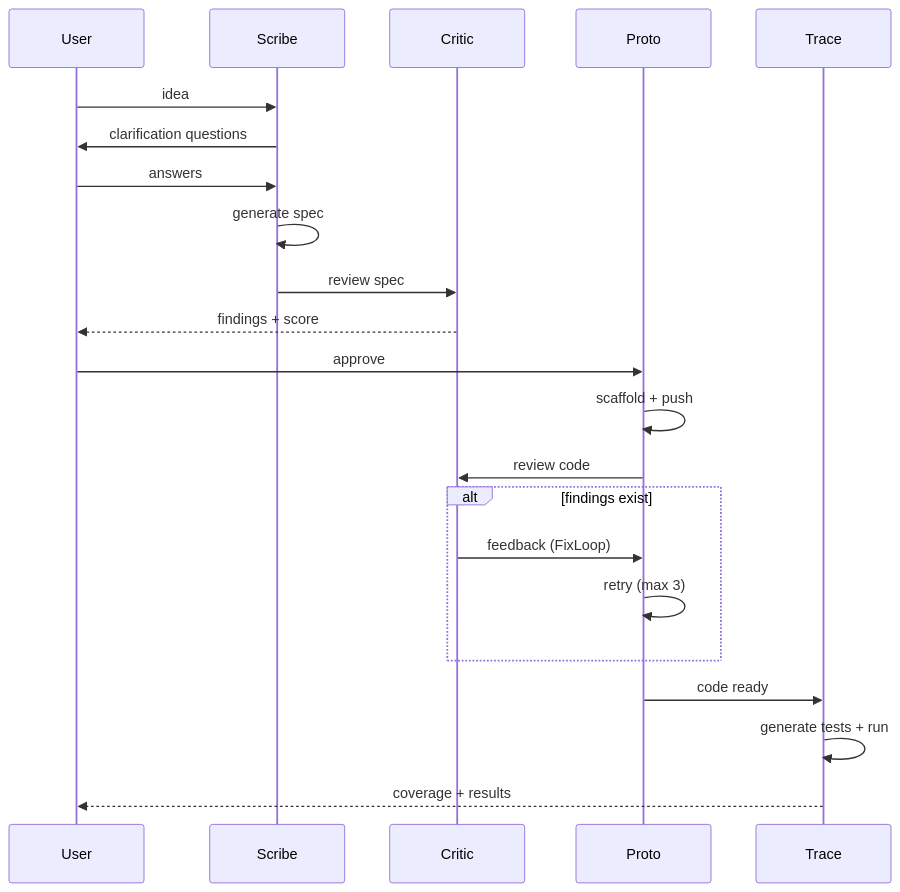
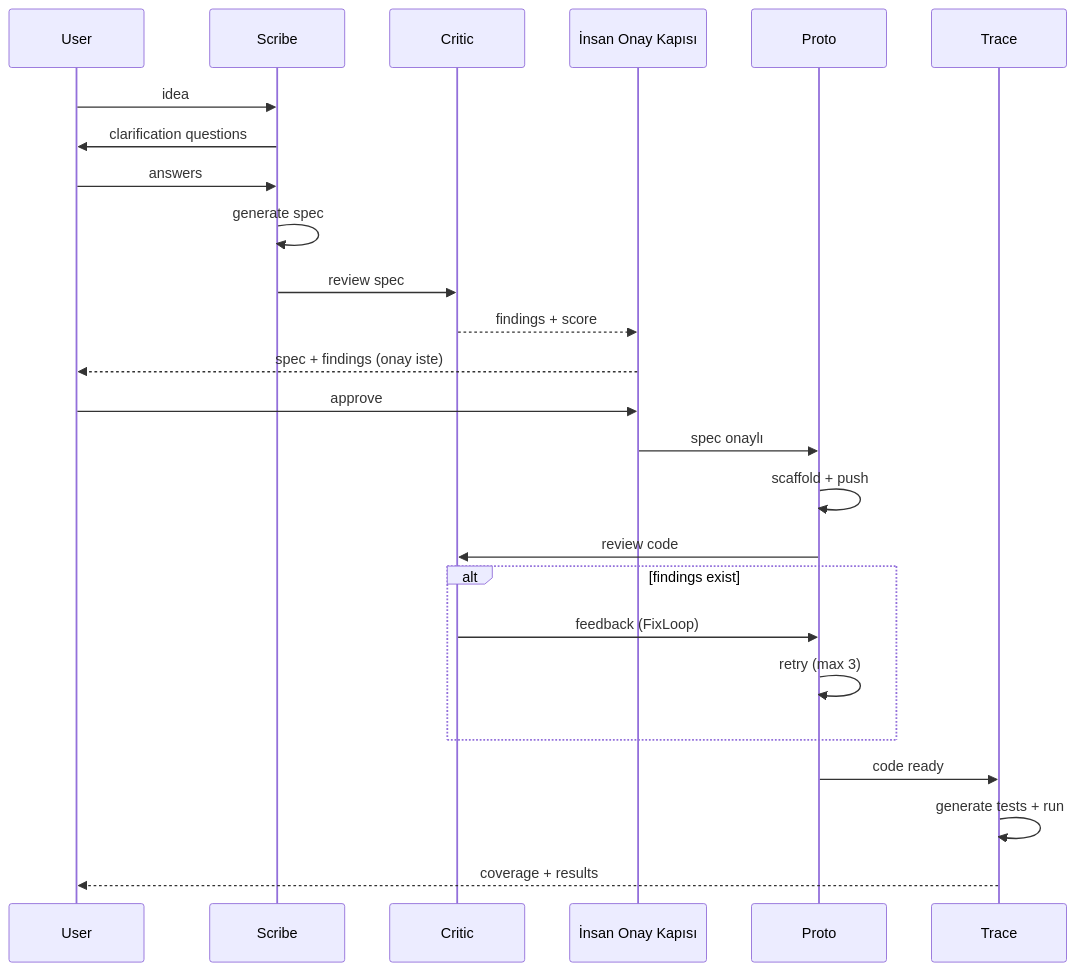
Before and after one commit to sadi-onal/akis-platform: the second of 2 diagrams in docs/thesis/03-architecture.md, drawn with Mermaid. The commit also changed 2 other files, not shown here.

First paragraph of the commit message:
docs(thesis): close review nice-to-haves — pandoc portability, mermaid human lane, Q1 N phrasing, date check, PR ref verify
Addresses 🟡 nice-to-have items from /tmp/akis-reviews/result-530.md:

````diff
--- a/docs/thesis/03-architecture.md
+++ b/docs/thesis/03-architecture.md
@@ -162,24 +162,27 @@
 ```mermaid
 sequenceDiagram
   participant U as User
   participant S as Scribe
   participant C as Critic
+  participant H as İnsan Onay Kapısı
   participant P as Proto
   participant T as Trace
   U->>S: idea
   S->>U: clarification questions
   U->>S: answers
   S->>S: generate spec
   S->>C: review spec
-  C-->>U: findings + score
-  U->>P: approve
+  C-->>H: findings + score
+  H-->>U: spec + findings (onay iste)
+  U->>H: approve
+  H->>P: spec onaylı
   P->>P: scaffold + push
   P->>C: review code
   alt findings exist
     C->>P: feedback (FixLoop)
     P->>P: retry (max 3)
   end
   P->>T: code ready
   T->>T: generate tests + run
   T-->>U: coverage + results
 ```
````
